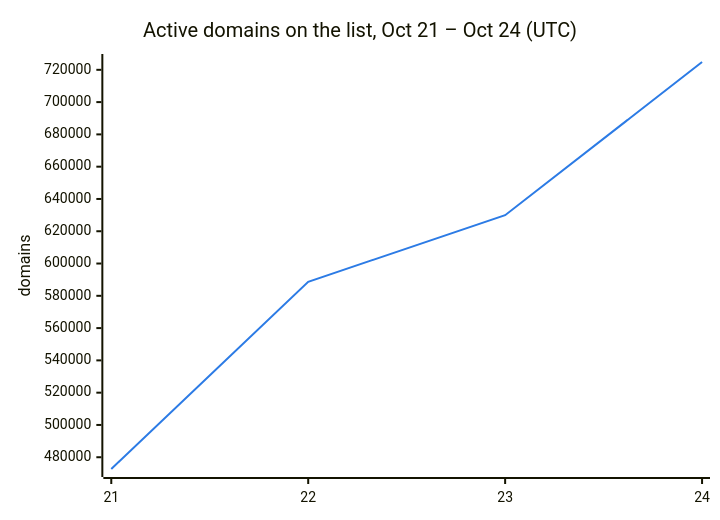
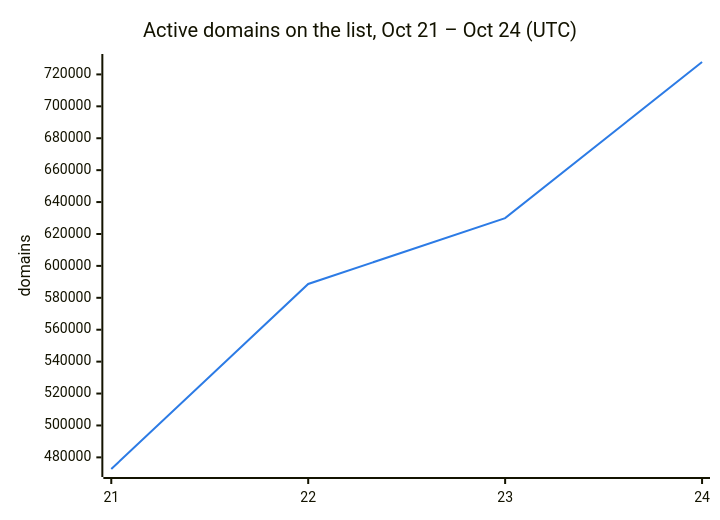
Before and after one commit to DNSBunker/CTI: the second of 3 diagrams in README.md, drawn with Mermaid. The commit also changed other lines of this file and 3 other files, not shown here.

````diff
--- a/README.md
+++ b/README.md
@@ -38,8 +38,8 @@
 ```mermaid
 %%{init: {"themeVariables": {"xyChart": {"plotColorPalette": "#2c7be5"}}}}%%
 xychart-beta
     title "Active domains on the list, Oct 21 – Oct 24 (UTC)"
     x-axis ["21", "22", "23", "24"]
     y-axis "domains"
-    line [472713, 588659, 629951, 724844]
+    line [472713, 588659, 629951, 727779]
 ```
````
